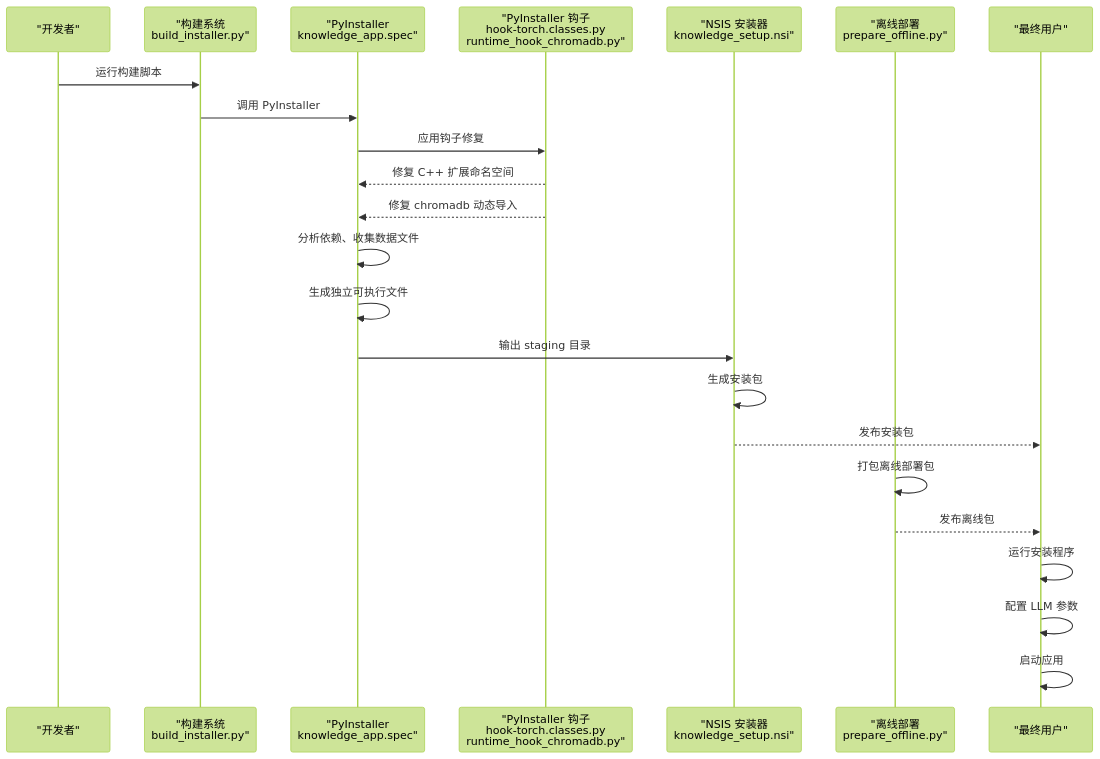
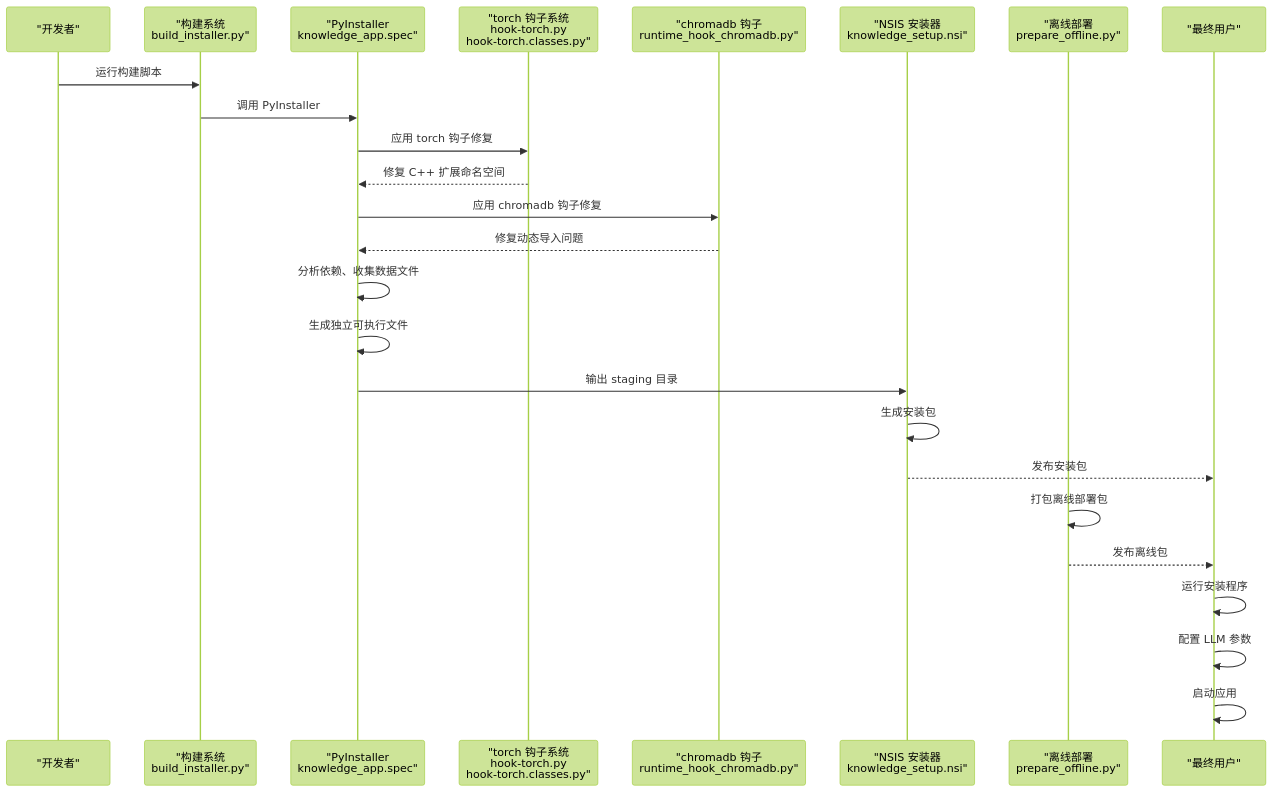
The second of 6 diagrams in .qoder/repowiki/zh/content/部署与运维/部署与运维.md (joyafa/knowledge), drawn with Mermaid (forest theme) before and after one commit. The commit also changed other lines of this file and 14 other files, not shown here.

````diff
--- a/.qoder/repowiki/zh/content/部署与运维/部署与运维.md
+++ b/.qoder/repowiki/zh/content/部署与运维/部署与运维.md
@@ -181,25 +184,27 @@
 ```mermaid
 sequenceDiagram
 participant Dev as "开发者"
 participant Build as "构建系统<br/>build_installer.py"
 participant PyI as "PyInstaller<br/>knowledge_app.spec"
-participant Hooks as "PyInstaller 钩子<br/>hook-torch.classes.py<br/>runtime_hook_chromadb.py"
+participant TorchHooks as "torch 钩子系统<br/>hook-torch.py<br/>hook-torch.classes.py"
+participant ChromaHook as "chromadb 钩子<br/>runtime_hook_chromadb.py"
 participant NSIS as "NSIS 安装器<br/>knowledge_setup.nsi"
 participant Offline as "离线部署<br/>prepare_offline.py"
 participant User as "最终用户"
 Dev->>Build : 运行构建脚本
 Build->>PyI : 调用 PyInstaller
-PyI->>Hooks : 应用钩子修复
-Hooks-->>PyI : 修复 C++ 扩展命名空间
-Hooks-->>PyI : 修复 chromadb 动态导入
+PyI->>TorchHooks : 应用 torch 钩子修复
+TorchHooks-->>PyI : 修复 C++ 扩展命名空间
+PyI->>ChromaHook : 应用 chromadb 钩子修复
+ChromaHook-->>PyI : 修复动态导入问题
 PyI->>PyI : 分析依赖、收集数据文件
 PyI->>PyI : 生成独立可执行文件
 PyI->>NSIS : 输出 staging 目录
 NSIS->>NSIS : 生成安装包
 NSIS-->>User : 发布安装包
 Offline->>Offline : 打包离线部署包
 Offline-->>User : 发布离线包
 User->>User : 运行安装程序
 User->>User : 配置 LLM 参数
 User->>User : 启动应用
 ```
````
